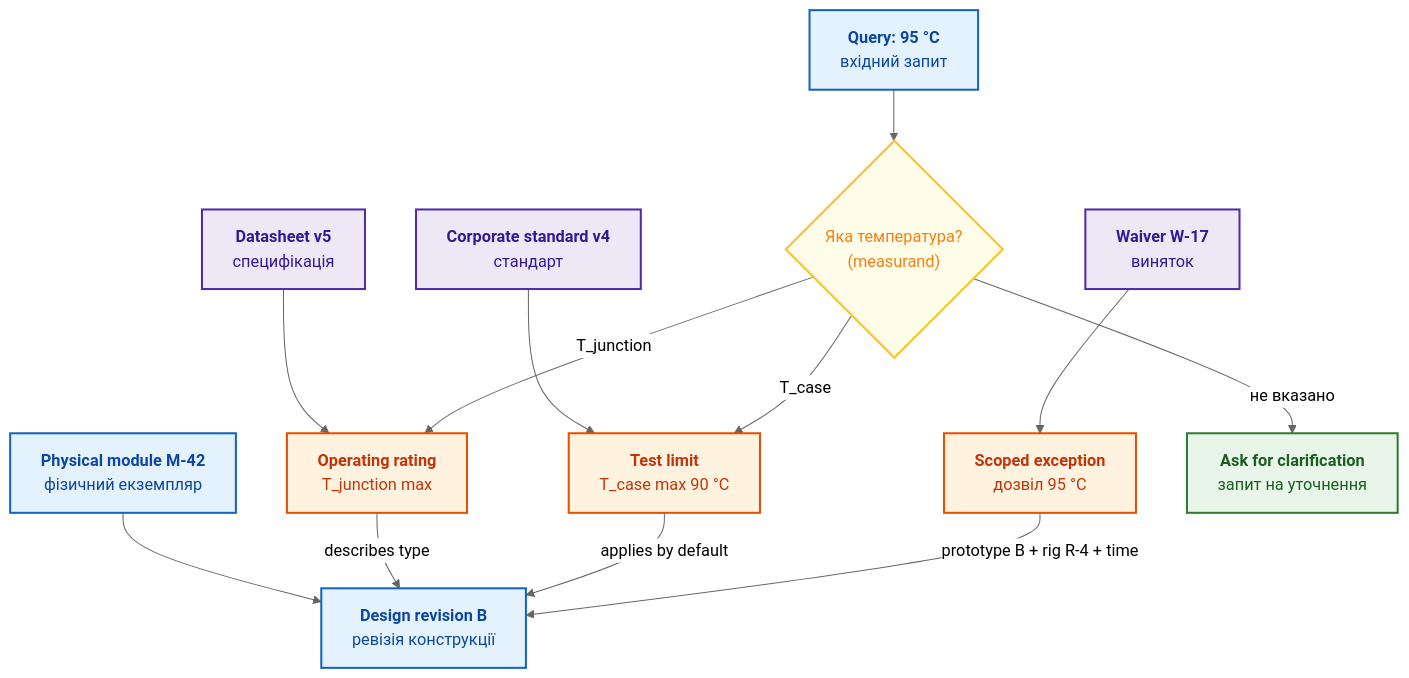
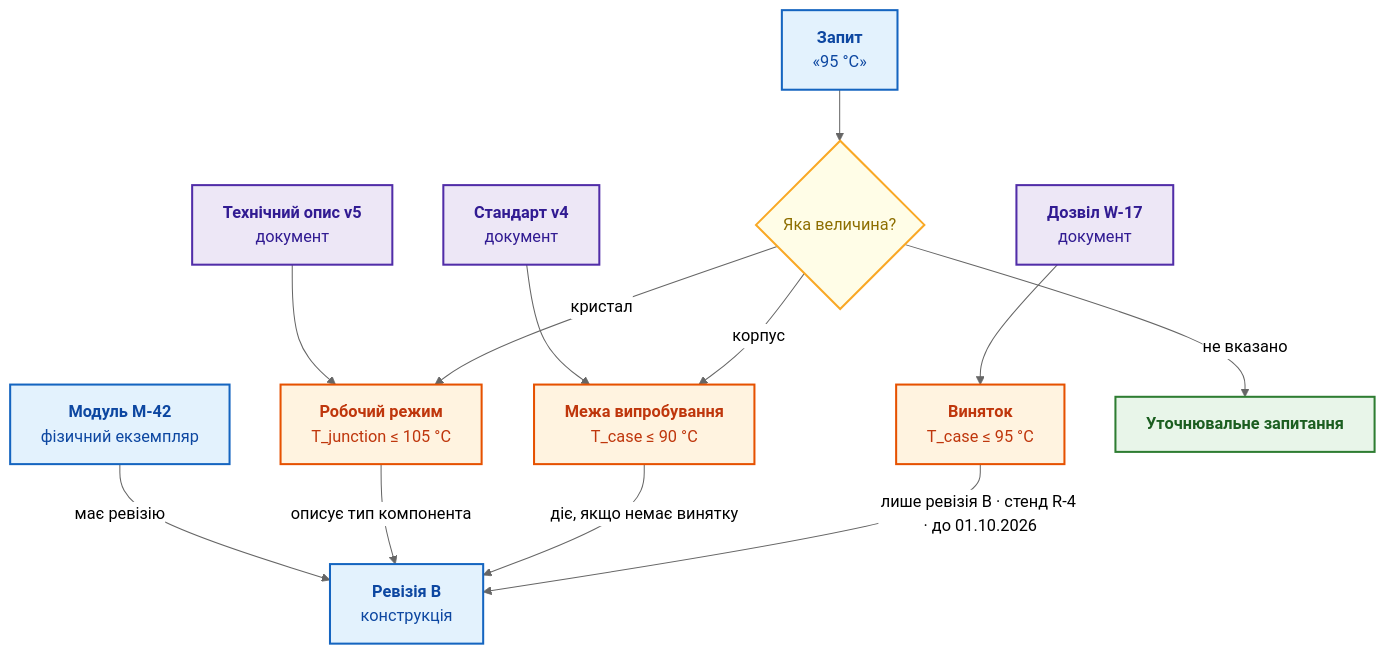
One commit to nick-fedchik/articles changed the third of 7 diagrams in ExpertSystem/ch02-epistemology-of-machine-knowledge.md. Above: the diagram before and after it, drawn with Mermaid (neutral theme). The commit also changed other lines of this file, not shown here.

````diff
--- a/ExpertSystem/ch02-epistemology-of-machine-knowledge.md
+++ b/ExpertSystem/ch02-epistemology-of-machine-knowledge.md
@@ -246,29 +208,29 @@
 ```mermaid
 flowchart TD
-    accTitle: Онтологічне розмежування об'єктів та нормативних меж
-    accDescr: Фізичний модуль, ревізія, даташит, корпоративний стандарт та вейвер мають різні семантичні ролі при обробці запиту на температуру.
+    accTitle: Різні об'єкти за словами «модуль» і «температура»
+    accDescr: Фізичний модуль має ревізію конструкції. Технічний опис задає робочий режим кристала, стандарт задає межу випробування для корпусу, дозвіл W-17 задає виняток для корпусу за умов. Запит без назви величини веде до уточнення.
 
-    OBJ["<b>Physical module M-42</b><br/>фізичний екземпляр"] --> REV["<b>Design revision B</b><br/>ревізія конструкції"]
-    DS["<b>Datasheet v5</b><br/>специфікація"] --> RATE["<b>Operating rating</b><br/>T_junction max"]
-    RATE -->|"describes type"| REV
-    STD["<b>Corporate standard v4</b><br/>стандарт"] --> LIMIT["<b>Test limit</b><br/>T_case max 90 °C"]
-    LIMIT -->|"applies by default"| REV
-    W["<b>Waiver W-17</b><br/>виняток"] --> EX["<b>Scoped exception</b><br/>дозвіл 95 °C"]
-    EX -->|"prototype B + rig R-4 + time"| REV
-    Q["<b>Query: 95 °C</b><br/>вхідний запит"] --> U{"Яка температура?<br/>(measurand)"}
-    U -->|"T_case"| LIMIT
-    U -->|"T_junction"| RATE
-    U -->|"не вказано"| ASK["<b>Ask for clarification</b><br/>запит на уточнення"]
+    OBJ["<b>Модуль M-42</b><br/>фізичний екземпляр"] -->|"має ревізію"| REV["<b>Ревізія B</b><br/>конструкція"]
+    DS["<b>Технічний опис v5</b><br/>документ"] --> RATE["<b>Робочий режим</b><br/>T_junction ≤ 105 °C"]
+    RATE -->|"описує тип компонента"| REV
+    STD["<b>Стандарт v4</b><br/>документ"] --> LIM["<b>Межа випробування</b><br/>T_case ≤ 90 °C"]
+    LIM -->|"діє, якщо немає винятку"| REV
+    W["<b>Дозвіл W-17</b><br/>документ"] --> EX["<b>Виняток</b><br/>T_case ≤ 95 °C"]
+    EX -->|"лише ревізія B · стенд R-4 · до 01.10.2026"| REV
+    Q["<b>Запит</b><br/>«95 °C»"] --> U{"Яка величина?"}
+    U -->|"корпус"| LIM
+    U -->|"кристал"| RATE
+    U -->|"не вказано"| ASK["<b>Уточнювальне запитання</b>"]
 
     classDef obj fill:#e3f2fd,stroke:#1565c0,stroke-width:2px,color:#0d47a1;
     classDef doc fill:#ede7f6,stroke:#512da8,stroke-width:2px,color:#311b92;
     classDef limit fill:#fff3e0,stroke:#e65100,stroke-width:2px,color:#bf360c;
-    classDef branch fill:#fffde7,stroke:#fbc02d,stroke-width:2px,color:#f57f17;
+    classDef branch fill:#fffde7,stroke:#f9a825,stroke-width:2px,color:#8d6e00;
     classDef act fill:#e8f5e9,stroke:#2e7d32,stroke-width:2px,color:#1b5e20;
 
     class OBJ,REV,Q obj;
     class DS,STD,W doc;
-    class RATE,LIMIT,EX limit;
+    class RATE,LIM,EX limit;
     class U branch;
     class ASK act;
 ```
````
